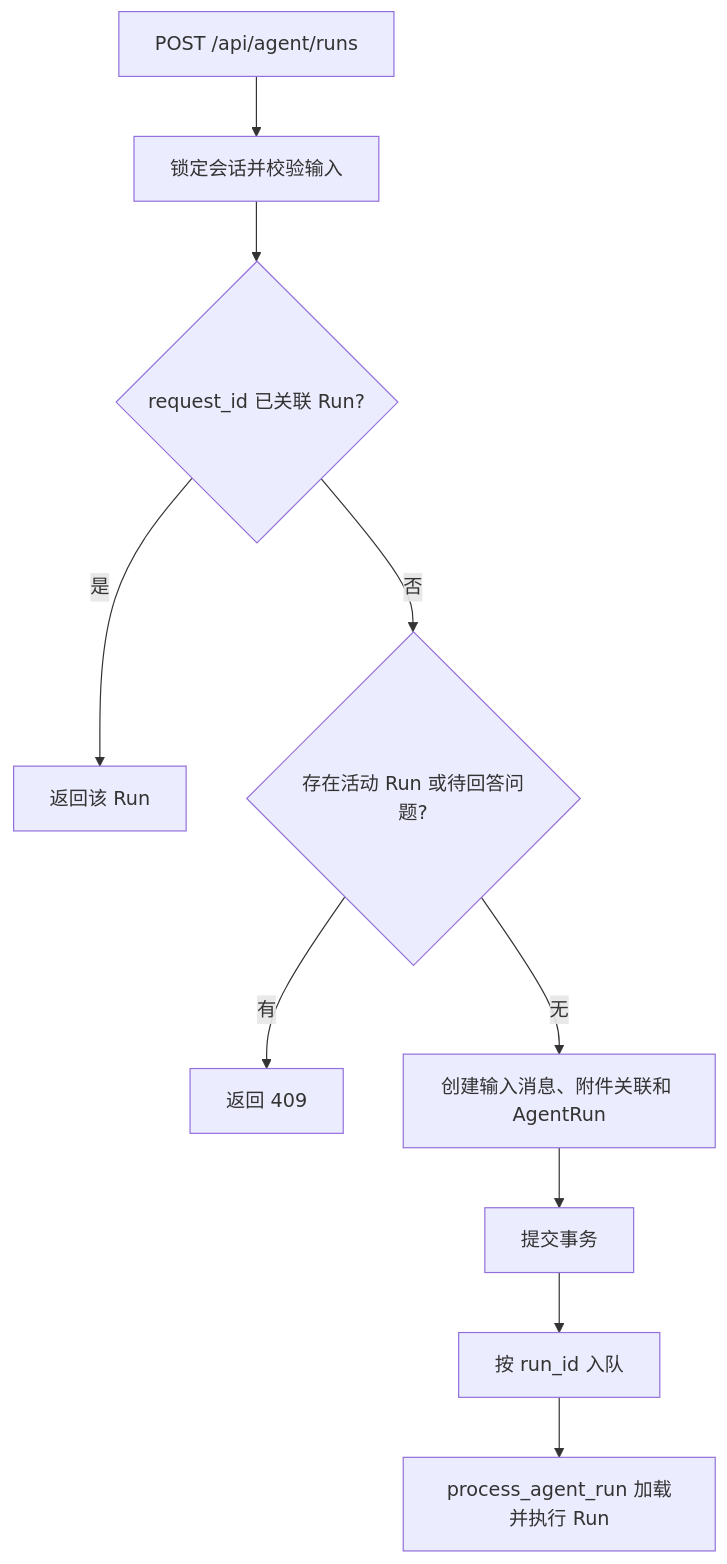
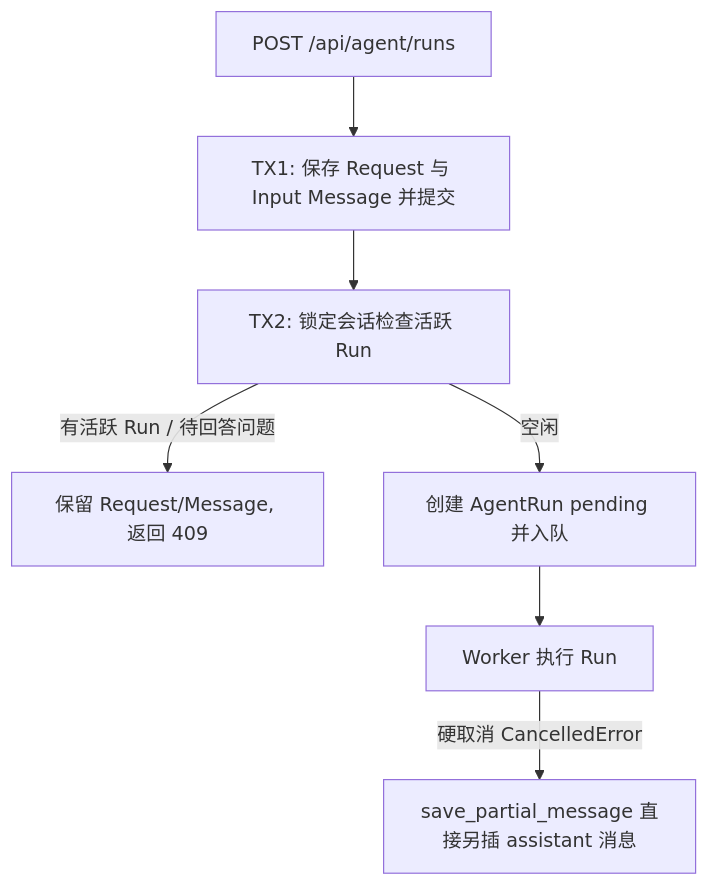
Before and after one commit to Agent-Multiverse-Lab/agent-stack: the first of 2 diagrams in docs/spec/run/request-dispatch/spec.md, drawn with Mermaid. The commit also changed other lines of this file and 9 other files, not shown here.

````diff
--- a/docs/spec/run/request-dispatch/spec.md
+++ b/docs/spec/run/request-dispatch/spec.md
@@ -195,12 +220,9 @@
 ```mermaid
 flowchart TD
-    A[POST /api/agent/runs] --> B[锁定会话并校验输入]
-    B --> C{request_id 已关联 Run?}
-    C -->|是| D[返回该 Run]
-    C -->|否| E{存在活动 Run 或待回答问题?}
-    E -->|有| F[返回 409]
-    E -->|无| G[创建输入消息、附件关联和 AgentRun]
-    G --> H[提交事务]
-    H --> I[按 run_id 入队]
-    I --> J[process_agent_run 加载并执行 Run]
+    A[POST /api/agent/runs] --> B[TX1: 保存 Request 与 Input Message 并提交]
+    B --> C[TX2: 锁定会话检查活跃 Run]
+    C -->|有活跃 Run / 待回答问题| D[保留 Request/Message, 返回 409]
+    C -->|空闲| E[创建 AgentRun pending 并入队]
+    E --> F[Worker 执行 Run]
+    F -->|硬取消 CancelledError| G[save_partial_message 直接另插 assistant 消息]
 ```
````
